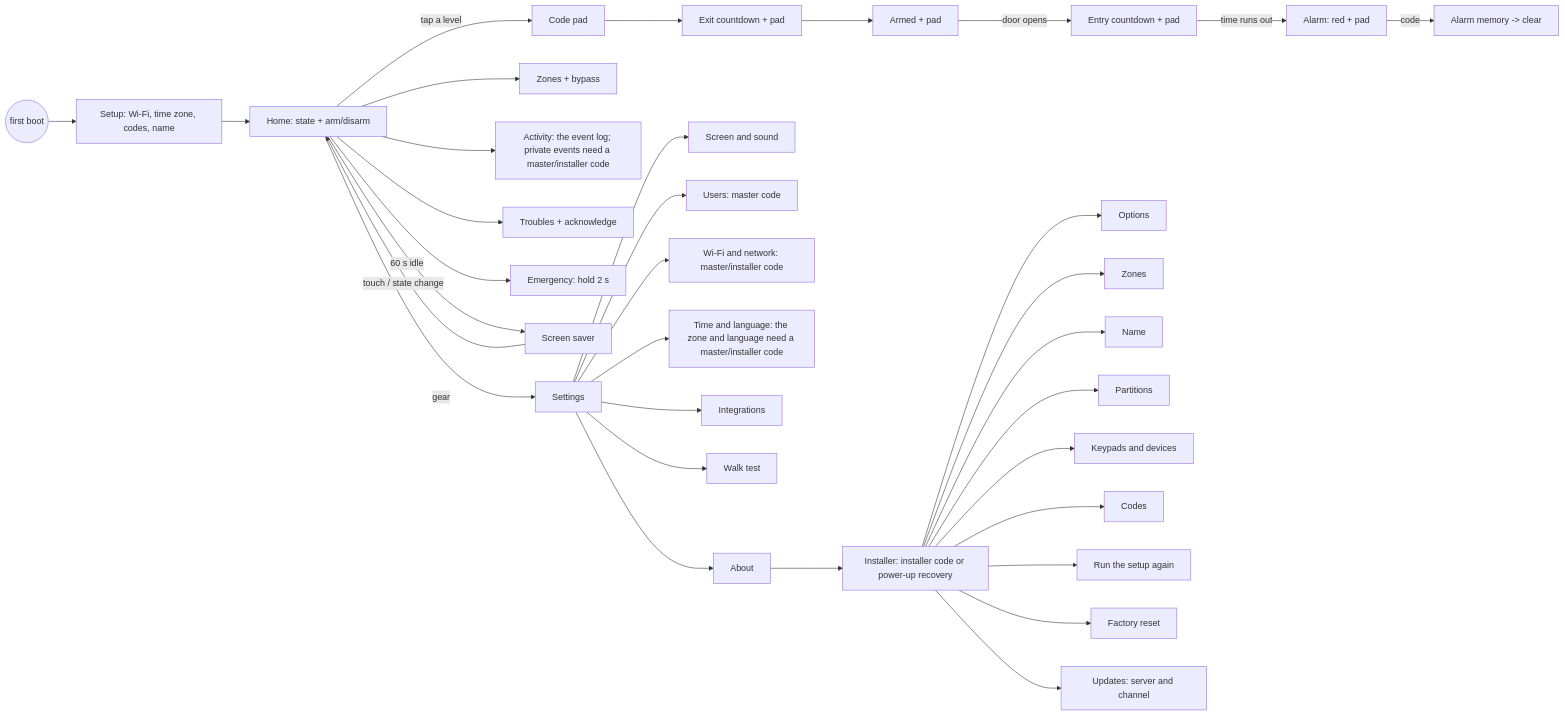
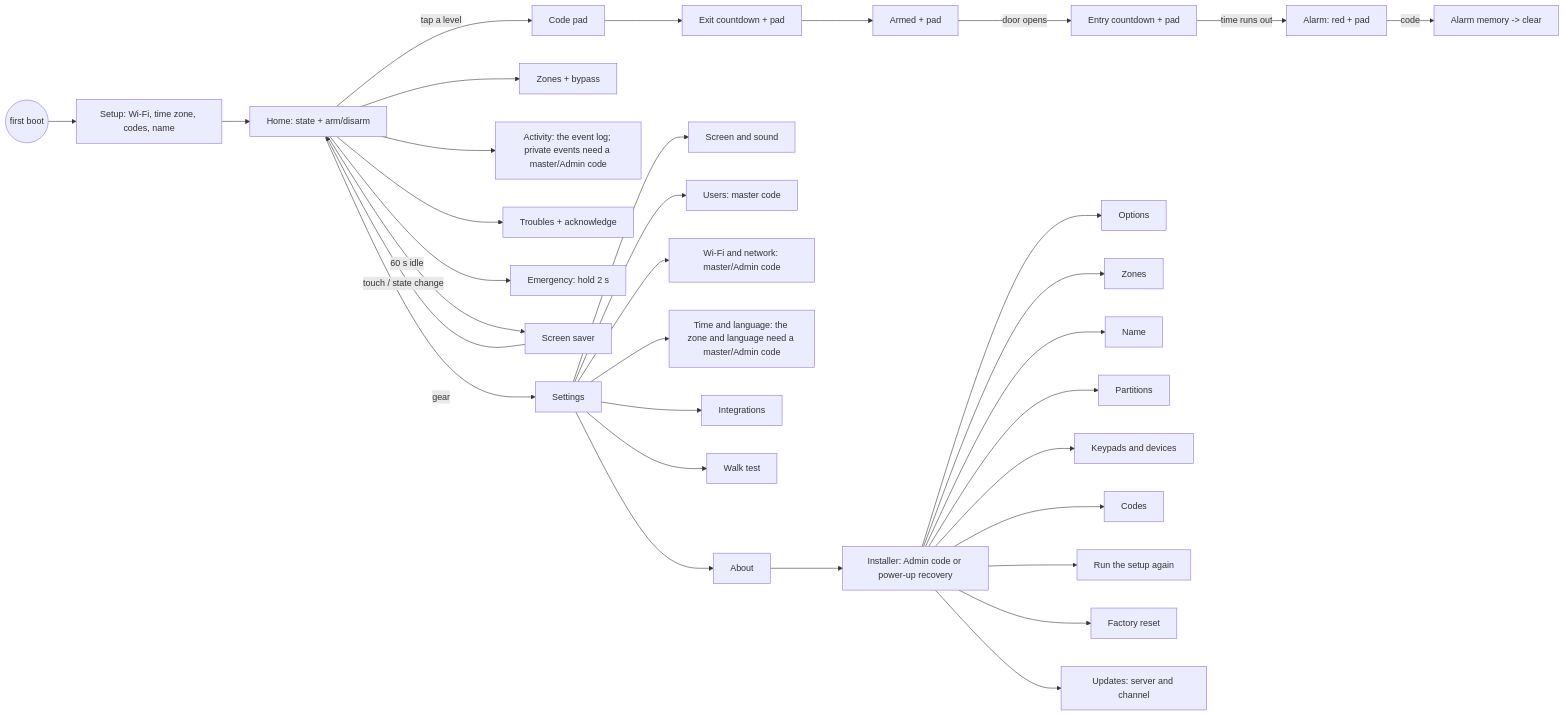
The diagram in docs/features/07-UI-LVGL-Pro/README.md (RoboAlarms/alarm-panel), drawn with Mermaid before and after one commit. The commit also changed other lines of this file and 50 other files, not shown here.

First line of the commit message:
Call the installer code the Admin code; the update server is the Owner's

````diff
--- a/docs/features/07-UI-LVGL-Pro/README.md
+++ b/docs/features/07-UI-LVGL-Pro/README.md
@@ -295,14 +295,14 @@
 ```mermaid
 flowchart LR
   HOME[Home: state + arm/disarm] -- tap a level --> PAD[Code pad]
   PAD --> EXIT[Exit countdown + pad] --> ARMED[Armed + pad]
   ARMED -- door opens --> ENTRY[Entry countdown + pad]
   ENTRY -- time runs out --> ALARM[Alarm: red + pad]
   ALARM -- code --> MEMORY[Alarm memory -> clear]
-  HOME --> ZONES[Zones + bypass] & ACT[Activity: the event log; private events need a master/installer code] & TRBL[Troubles + acknowledge] & PANIC[Emergency: hold 2 s]
+  HOME --> ZONES[Zones + bypass] & ACT[Activity: the event log; private events need a master/Admin code] & TRBL[Troubles + acknowledge] & PANIC[Emergency: hold 2 s]
   HOME -- 60 s idle --> SAVER[Screen saver] -- touch / state change --> HOME
   HOME -- gear --> SET[Settings]
-  SET --> DISP[Screen and sound] & USERS[Users: master code] & NET[Wi-Fi and network: master/installer code] & TIME[Time and language: the zone and language need a master/installer code] & INTEG[Integrations] & WALK[Walk test] & ABOUT[About]
-  ABOUT --> INST[Installer: installer code or power-up recovery] --> OPT[Options] & ZN[Zones] & NAME[Name] & PARTS[Partitions] & DEV[Keypads and devices] & CODES[Codes] & AGAIN[Run the setup again] & RESET[Factory reset] & UPD[Updates: server and channel]
+  SET --> DISP[Screen and sound] & USERS[Users: master code] & NET[Wi-Fi and network: master/Admin code] & TIME[Time and language: the zone and language need a master/Admin code] & INTEG[Integrations] & WALK[Walk test] & ABOUT[About]
+  ABOUT --> INST[Installer: Admin code or power-up recovery] --> OPT[Options] & ZN[Zones] & NAME[Name] & PARTS[Partitions] & DEV[Keypads and devices] & CODES[Codes] & AGAIN[Run the setup again] & RESET[Factory reset] & UPD[Updates: server and channel]
   FIRST((first boot)) --> SETUP[Setup: Wi-Fi, time zone, codes, name] --> HOME
 ```
````
